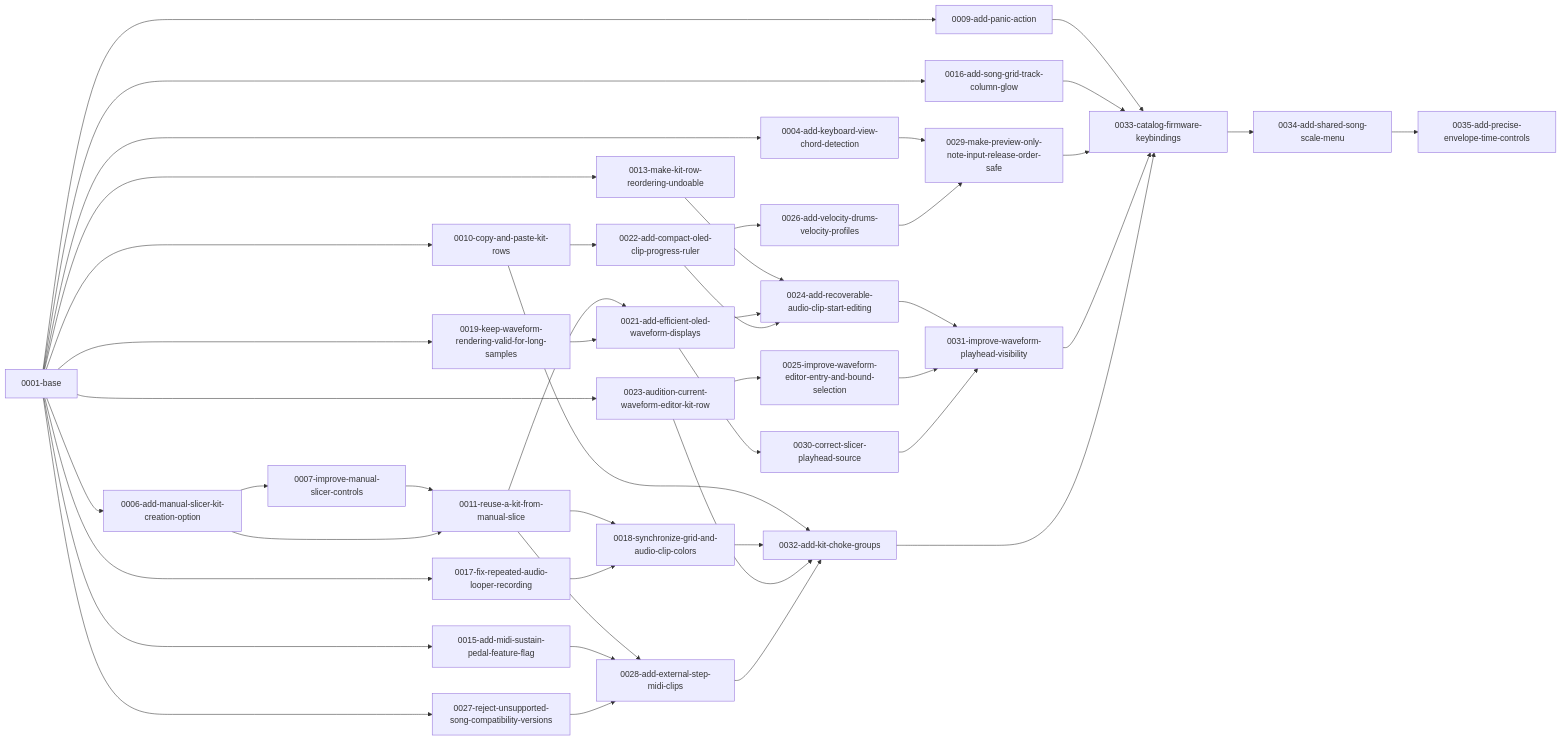
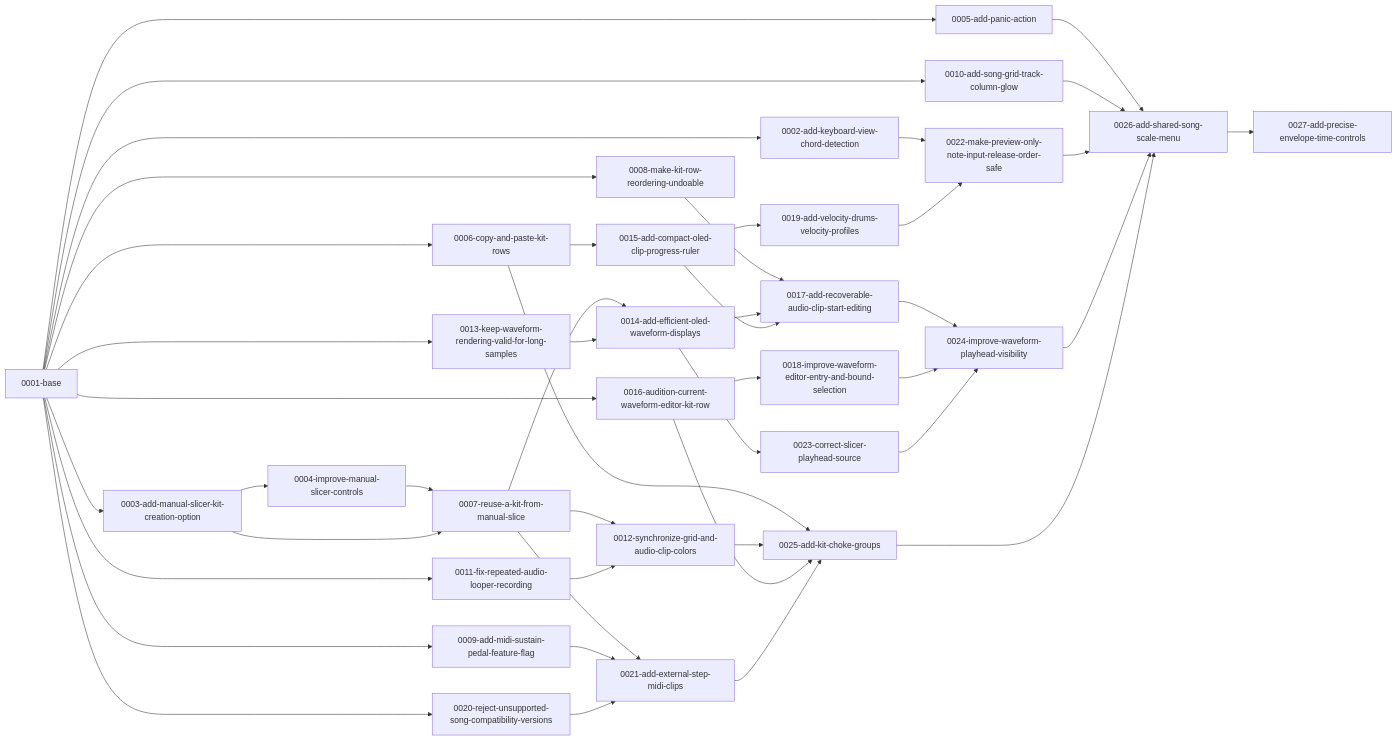
The diagram in README.md (NonLogicalDev/fork.DelugeFirmware), drawn with Mermaid before and after one commit. The commit also changed other lines of this file and 91 other files, not shown here.

````diff
--- a/README.md
+++ b/README.md
@@ -50,75 +50,73 @@
 ```mermaid
 flowchart LR
   n0["0001-base"]
-  n1["0004-add-keyboard-view-chord-detection"]
-  n2["0006-add-manual-slicer-kit-creation-option"]
-  n3["0007-improve-manual-slicer-controls"]
-  n4["0009-add-panic-action"]
-  n5["0010-copy-and-paste-kit-rows"]
-  n6["0011-reuse-a-kit-from-manual-slice"]
-  n7["0013-make-kit-row-reordering-undoable"]
-  n8["0015-add-midi-sustain-pedal-feature-flag"]
-  n9["0016-add-song-grid-track-column-glow"]
-  n10["0017-fix-repeated-audio-looper-recording"]
-  n11["0018-synchronize-grid-and-audio-clip-colors"]
-  n12["0019-keep-waveform-rendering-valid-for-long-samples"]
-  n13["0021-add-efficient-oled-waveform-displays"]
-  n14["0022-add-compact-oled-clip-progress-ruler"]
-  n15["0023-audition-current-waveform-editor-kit-row"]
-  n16["0024-add-recoverable-audio-clip-start-editing"]
-  n17["0025-improve-waveform-editor-entry-and-bound-selection"]
-  n18["0026-add-velocity-drums-velocity-profiles"]
-  n19["0027-reject-unsupported-song-compatibility-versions"]
-  n20["0028-add-external-step-midi-clips"]
-  n21["0029-make-preview-only-note-input-release-order-safe"]
-  n22["0030-correct-slicer-playhead-source"]
-  n23["0031-improve-waveform-playhead-visibility"]
-  n24["0032-add-kit-choke-groups"]
-  n25["0033-catalog-firmware-keybindings"]
-  n26["0034-add-shared-song-scale-menu"]
-  n27["0035-add-precise-envelope-time-controls"]
+  n1["0002-add-keyboard-view-chord-detection"]
+  n2["0003-add-manual-slicer-kit-creation-option"]
+  n3["0004-improve-manual-slicer-controls"]
+  n4["0005-add-panic-action"]
+  n5["0006-copy-and-paste-kit-rows"]
+  n6["0007-reuse-a-kit-from-manual-slice"]
+  n7["0008-make-kit-row-reordering-undoable"]
+  n8["0009-add-midi-sustain-pedal-feature-flag"]
+  n9["0010-add-song-grid-track-column-glow"]
+  n10["0011-fix-repeated-audio-looper-recording"]
+  n11["0012-synchronize-grid-and-audio-clip-colors"]
+  n12["0013-keep-waveform-rendering-valid-for-long-samples"]
+  n13["0014-add-efficient-oled-waveform-displays"]
+  n14["0015-add-compact-oled-clip-progress-ruler"]
+  n15["0016-audition-current-waveform-editor-kit-row"]
+  n16["0017-add-recoverable-audio-clip-start-editing"]
+  n17["0018-improve-waveform-editor-entry-and-bound-selection"]
+  n18["0019-add-velocity-drums-velocity-profiles"]
+  n19["0020-reject-unsupported-song-compatibility-versions"]
+  n20["0021-add-external-step-midi-clips"]
+  n21["0022-make-preview-only-note-input-release-order-safe"]
+  n22["0023-correct-slicer-playhead-source"]
+  n23["0024-improve-waveform-playhead-visibility"]
+  n24["0025-add-kit-choke-groups"]
+  n25["0026-add-shared-song-scale-menu"]
+  n26["0027-add-precise-envelope-time-controls"]
   n0 --> n1
   n0 --> n2
   n2 --> n3
   n0 --> n4
   n0 --> n5
   n3 --> n6
   n2 --> n6
   n0 --> n7
   n0 --> n8
   n0 --> n9
   n0 --> n10
   n6 --> n11
   n10 --> n11
   n0 --> n12
   n6 --> n13
   n12 --> n13
   n5 --> n14
   n0 --> n15
   n7 --> n16
   n13 --> n16
   n14 --> n16
   n15 --> n17
   n14 --> n18
   n0 --> n19
   n6 --> n20
   n8 --> n20
   n19 --> n20
   n1 --> n21
   n18 --> n21
   n13 --> n22
   n16 --> n23
   n17 --> n23
   n22 --> n23
   n5 --> n24
   n11 --> n24
   n15 --> n24
   n20 --> n24
   n4 --> n25
   n9 --> n25
   n21 --> n25
   n23 --> n25
   n24 --> n25
   n25 --> n26
-  n26 --> n27
 ```
````
